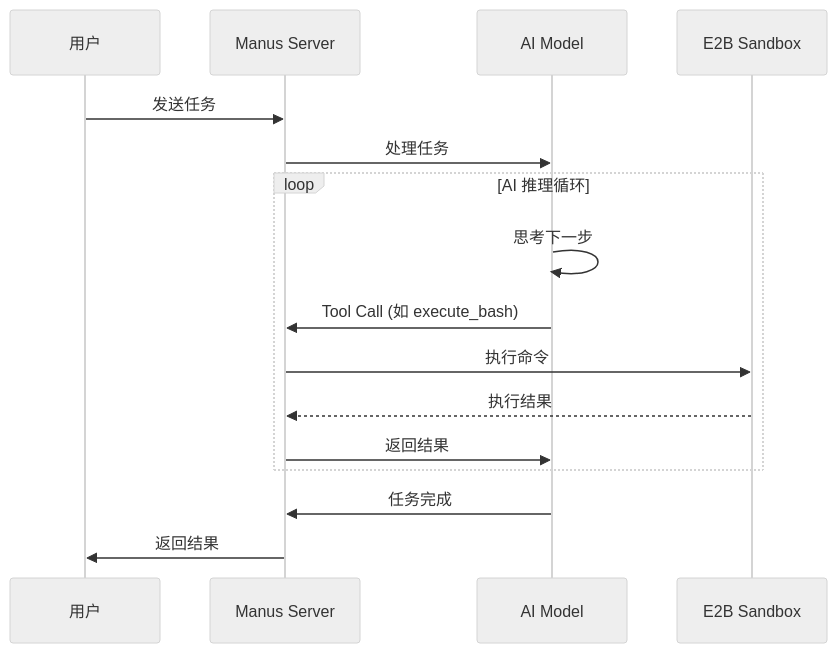
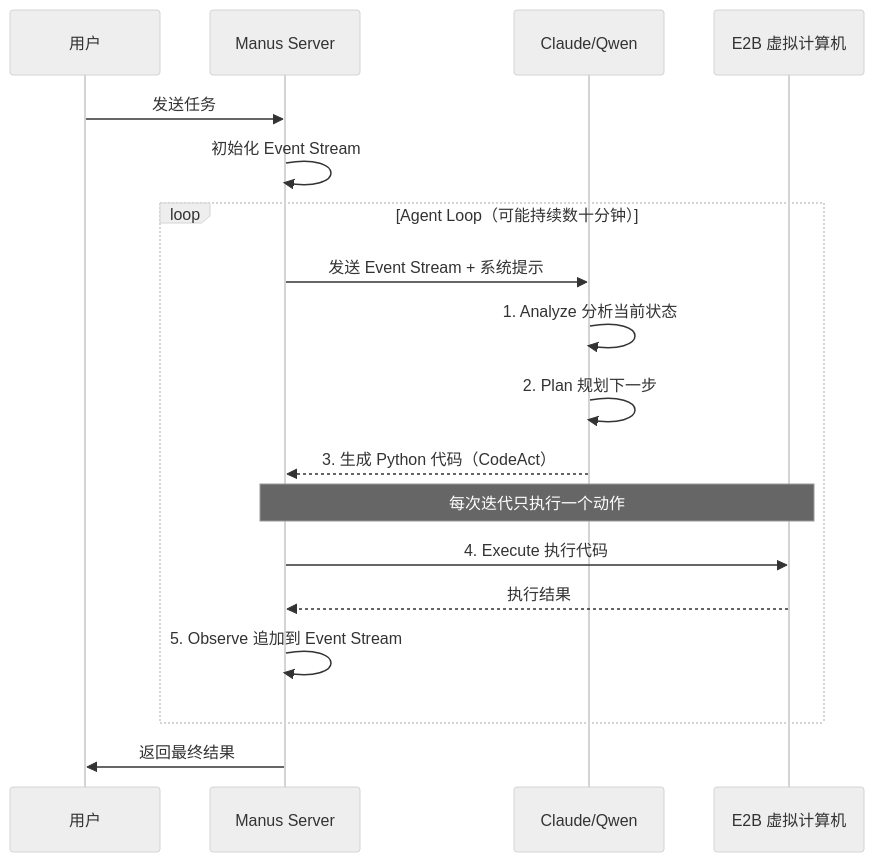
Diagram 18 of 23 in docs/sandbox-lifecycle-analysis.md (yy-dev7/claudex), drawn with Mermaid (neutral theme) before and after one commit. The commit also changed other lines of this file, not shown here.

First line of the commit message:
Correct Manus architecture analysis based on research

````diff
--- a/docs/sandbox-lifecycle-analysis.md
+++ b/docs/sandbox-lifecycle-analysis.md
@@ -944,21 +953,25 @@
 ```mermaid
 sequenceDiagram
     participant User as 用户
     participant Server as Manus Server
-    participant AI as AI Model
-    participant Sandbox as E2B Sandbox
+    participant LLM as Claude/Qwen
+    participant Sandbox as E2B 虚拟计算机
 
     User->>Server: 发送任务
-    Server->>AI: 处理任务
+    Server->>Server: 初始化 Event Stream
 
-    loop AI 推理循环
-        AI->>AI: 思考下一步
-        AI->>Server: Tool Call (如 execute_bash)
-        Server->>Sandbox: 执行命令
+    loop Agent Loop（可能持续数十分钟）
+        Server->>LLM: 发送 Event Stream + 系统提示
+        LLM->>LLM: 1. Analyze 分析当前状态
+        LLM->>LLM: 2. Plan 规划下一步
+        LLM-->>Server: 3. 生成 Python 代码（CodeAct）
+
+        Note over Server,Sandbox: 每次迭代只执行一个动作
+
+        Server->>Sandbox: 4. Execute 执行代码
         Sandbox-->>Server: 执行结果
-        Server->>AI: 返回结果
+        Server->>Server: 5. Observe 追加到 Event Stream
     end
 
-    AI->>Server: 任务完成
-    Server->>User: 返回结果
+    Server->>User: 返回最终结果
 ```
````
